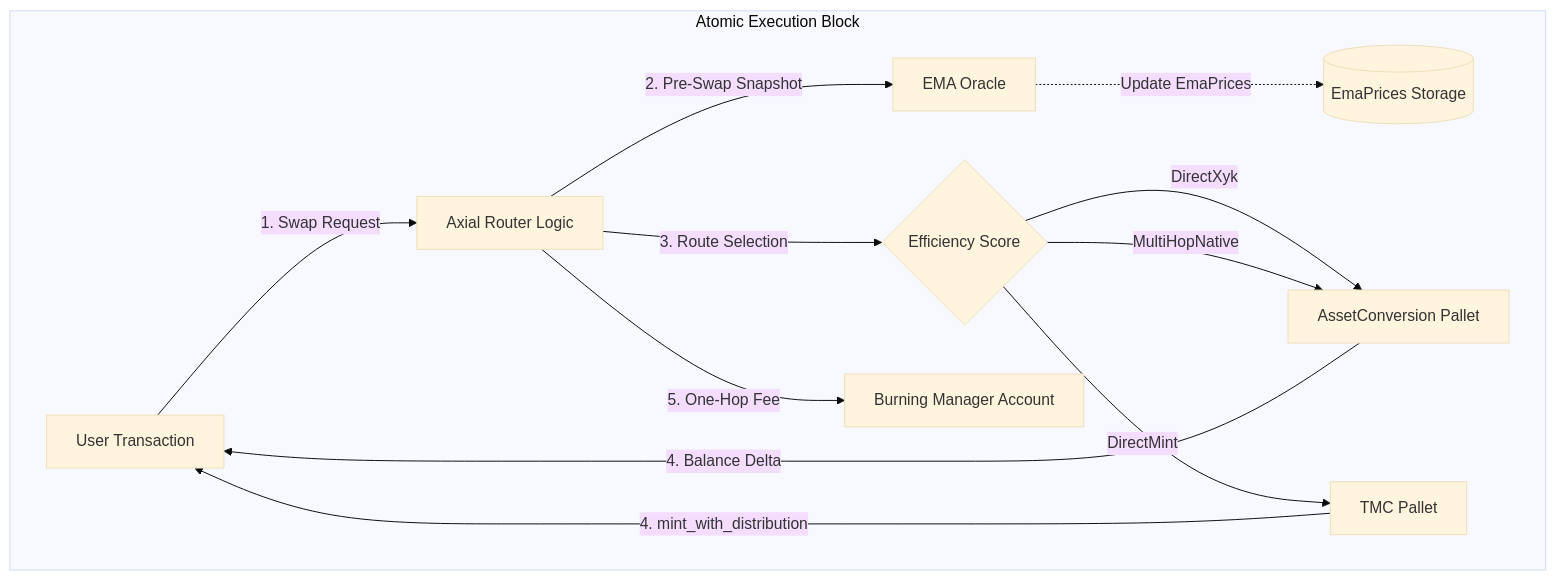
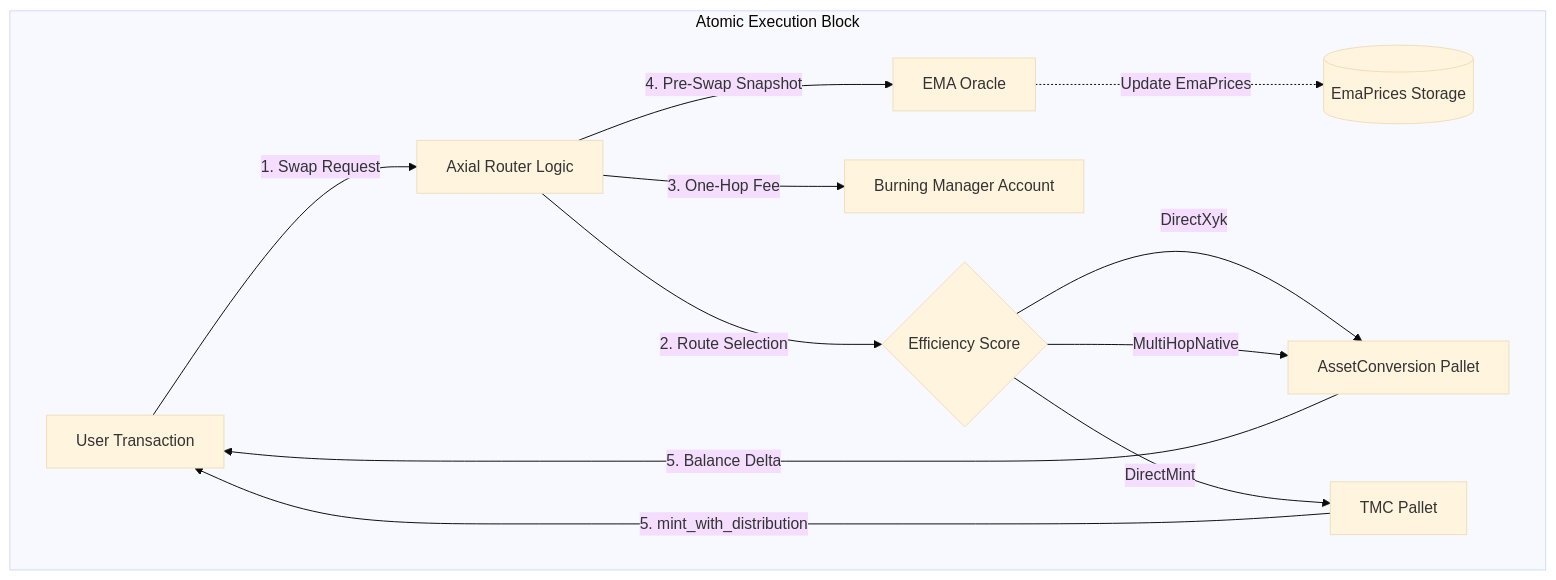
Before and after one commit to atmo-network/deos: the diagram in docs/axial-router.architecture.en.md, drawn with Mermaid (base theme). The commit also changed other lines of this file and 33 other files, not shown here.

````diff
--- a/docs/axial-router.architecture.en.md
+++ b/docs/axial-router.architecture.en.md
@@ -26,21 +26,20 @@
 ```mermaid
 graph TD
     User[User Transaction] -->|1. Swap Request| Router[Axial Router Logic]
 
     subgraph "Atomic Execution Block"
 
-    Router -->|2. Pre-Swap Snapshot| Oracle[EMA Oracle]
+    Router -->|2. Route Selection| Decision{Efficiency Score}
+    Router -->|3. One-Hop Fee| BurnMgr[Burning Manager Account]
+    Router -->|4. Pre-Swap Snapshot| Oracle[EMA Oracle]
     Oracle -.->|Update EmaPrices| OracleStorage[(EmaPrices Storage)]
 
-    Router -->|3. Route Selection| Decision{Efficiency Score}
     Decision -->|DirectXyk| XYK[AssetConversion Pallet]
     Decision -->|DirectMint| TMC[TMC Pallet]
     Decision -->|MultiHopNative| XYK
 
-    XYK -->|4. Balance Delta| User
-    TMC -->|4. mint_with_distribution| User
-
-    Router -->|5. One-Hop Fee| BurnMgr[Burning Manager Account]
+    XYK -->|5. Balance Delta| User
+    TMC -->|5. mint_with_distribution| User
 
     end
 ```
````
